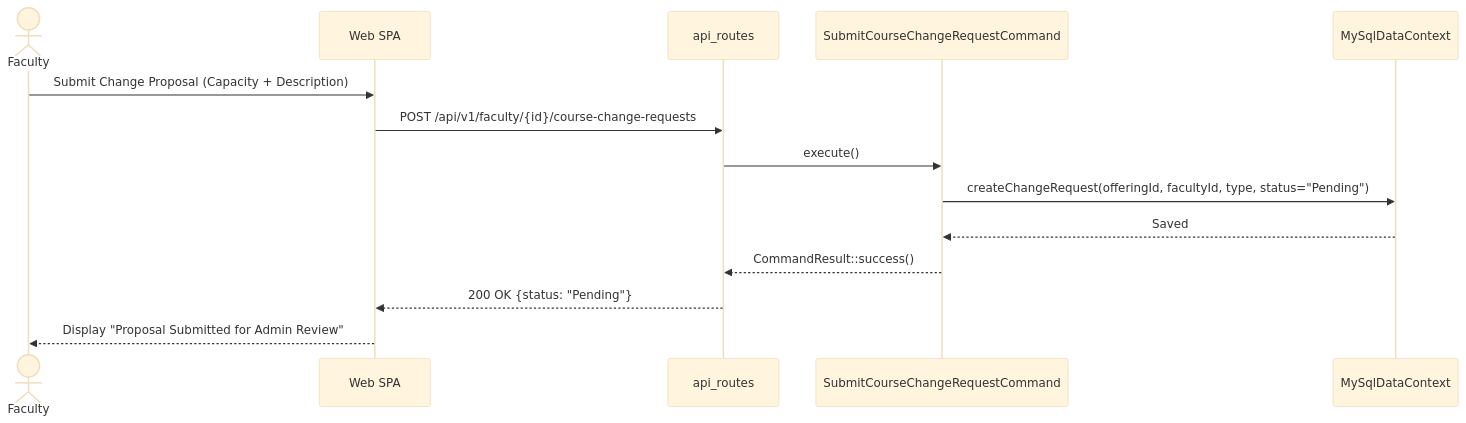
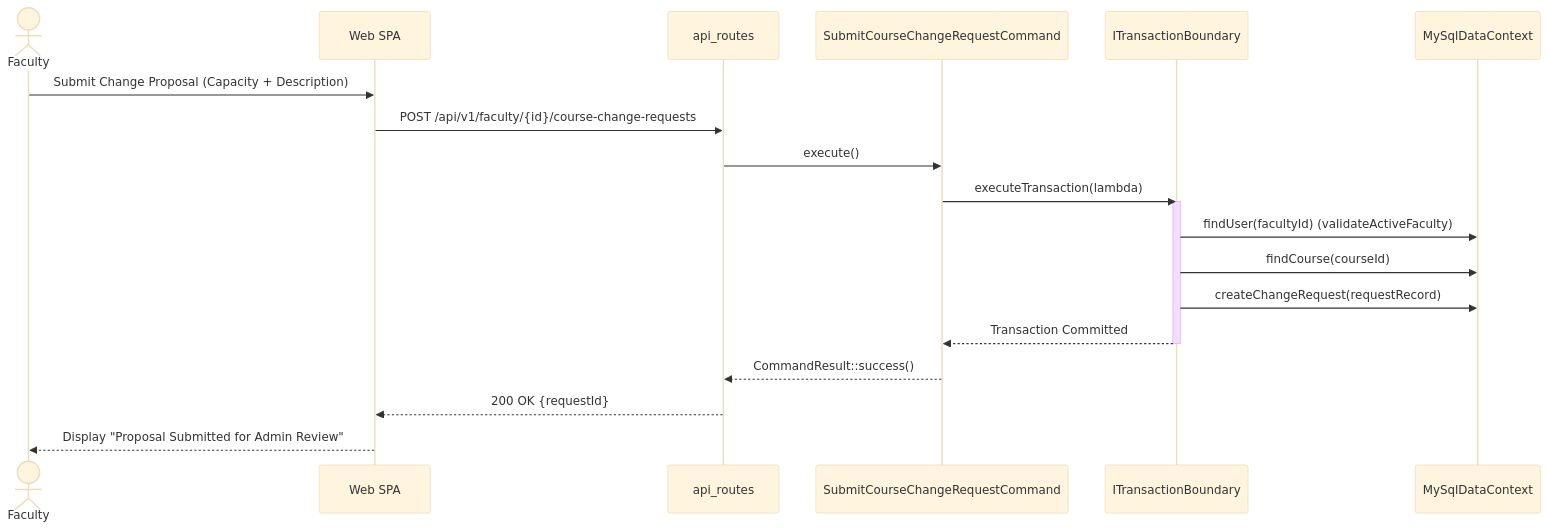
The eighth of 13 diagrams in docs/uml_sequence_diagram.md (DesanSilva/university-course-enrolment-system), drawn with Mermaid (base theme) before and after one commit. The commit also changed other lines of this file and 3 other files, not shown here.

Commit message:
updated UML diagrams

````diff
--- a/docs/uml_sequence_diagram.md
+++ b/docs/uml_sequence_diagram.md
@@ -201,17 +239,23 @@
 ```mermaid
 sequenceDiagram
     actor Faculty
     participant SPA as Web SPA
     participant Router as api_routes
     participant Command as SubmitCourseChangeRequestCommand
+    participant Tx as ITransactionBoundary
     participant Store as MySqlDataContext
 
     Faculty->>SPA: Submit Change Proposal (Capacity + Description)
     SPA->>Router: POST /api/v1/faculty/{id}/course-change-requests
     Router->>Command: execute()
-    Command->>Store: createChangeRequest(offeringId, facultyId, type, status="Pending")
-    Store-->>Command: Saved
+    Command->>Tx: executeTransaction(lambda)
+    activate Tx
+    Tx->>Store: findUser(facultyId) (validateActiveFaculty)
+    Tx->>Store: findCourse(courseId)
+    Tx->>Store: createChangeRequest(requestRecord)
+    Tx-->>Command: Transaction Committed
+    deactivate Tx
     Command-->>Router: CommandResult::success()
-    Router-->>SPA: 200 OK {status: "Pending"}
+    Router-->>SPA: 200 OK {requestId}
     SPA-->>Faculty: Display "Proposal Submitted for Admin Review"
 ```
````
